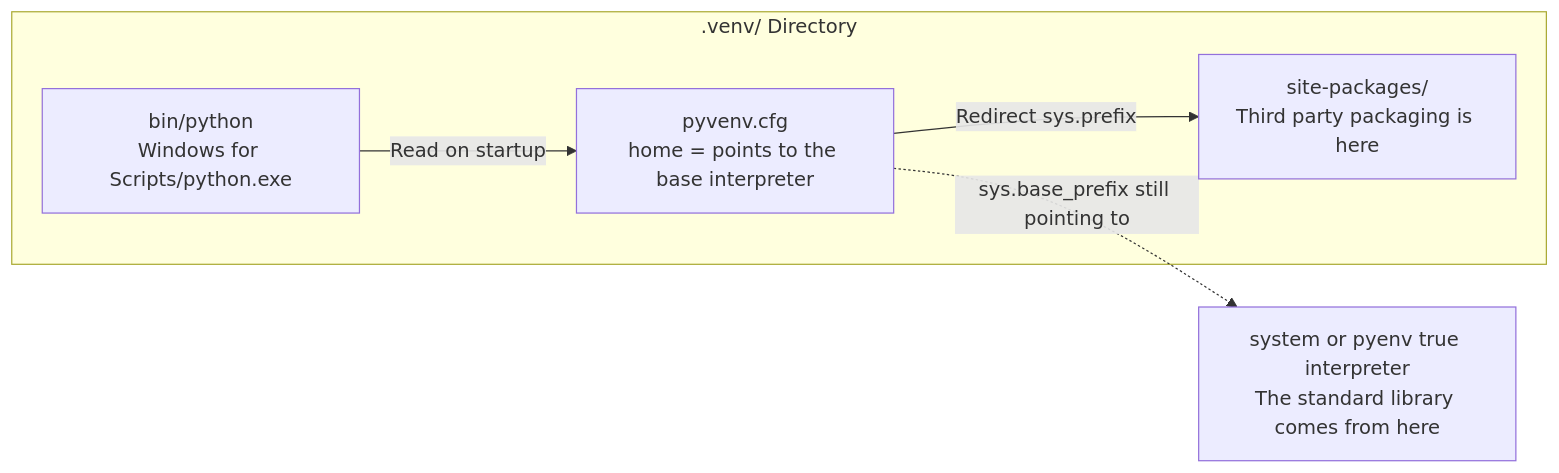
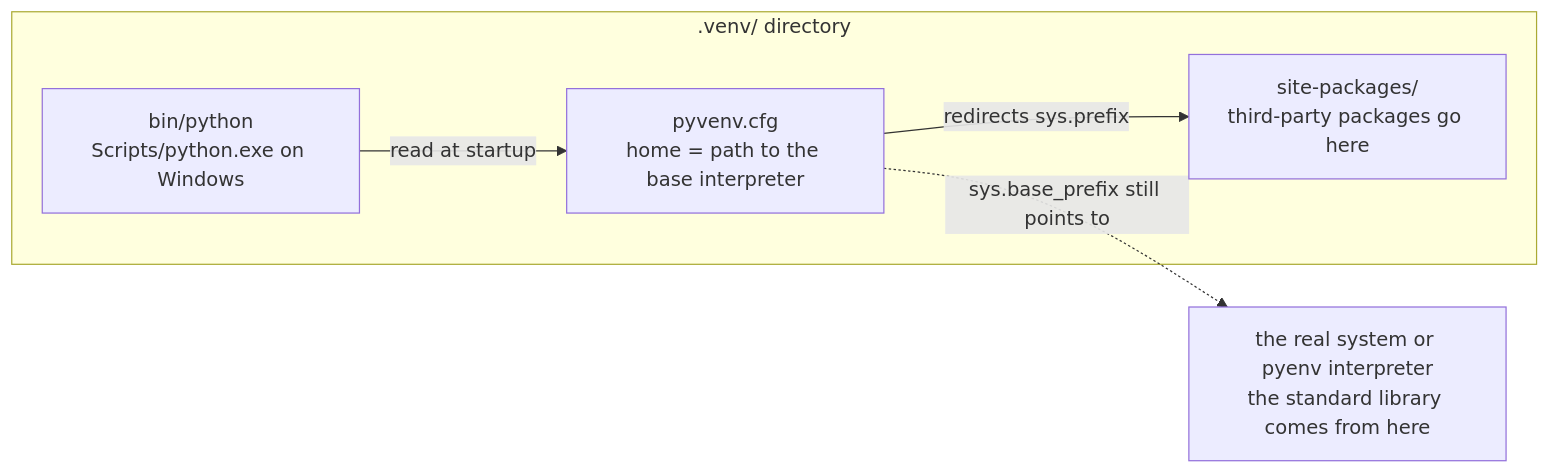
Before and after one commit to TingdeLiu/tingdeliu.github.io: the second of 22 diagrams in _translations/en/research/Python-Engineering-Survey.md, drawn with Mermaid. The commit also changed other lines of this file and 51 other files, not shown here.

````diff
--- a/_translations/en/research/Python-Engineering-Survey.md
+++ b/_translations/en/research/Python-Engineering-Survey.md
@@ -155,11 +155,11 @@
 ```mermaid
 flowchart LR
-    subgraph V[".venv/ Directory"]
-        CFG["pyvenv.cfg<br/>home = points to the base interpreter"]
-        BIN["bin/python<br/>Windows for Scripts/python.exe"]
-        SP["site-packages/<br/>Third party packaging is here"]
+    subgraph V[".venv/ directory"]
+        CFG["pyvenv.cfg<br/>home = path to the base interpreter"]
+        BIN["bin/python<br/>Scripts/python.exe on Windows"]
+        SP["site-packages/<br/>third-party packages go here"]
     end
-    BIN -->|"Read on startup"| CFG
-    CFG -->|"Redirect sys.prefix"| SP
-    CFG -.->|"sys.base_prefix still pointing to"| BASE["system or pyenv true interpreter<br/>The standard library comes from here"]
+    BIN -->|"read at startup"| CFG
+    CFG -->|"redirects sys.prefix"| SP
+    CFG -.->|"sys.base_prefix still points to"| BASE["the real system or pyenv interpreter<br/>the standard library comes from here"]
 ```
````
